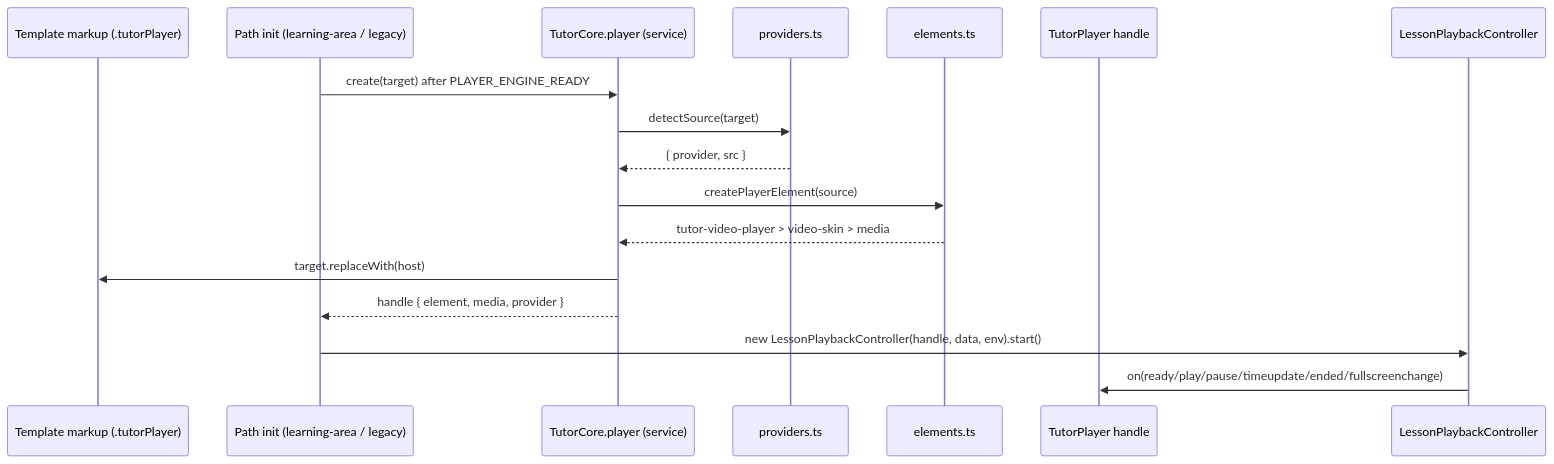
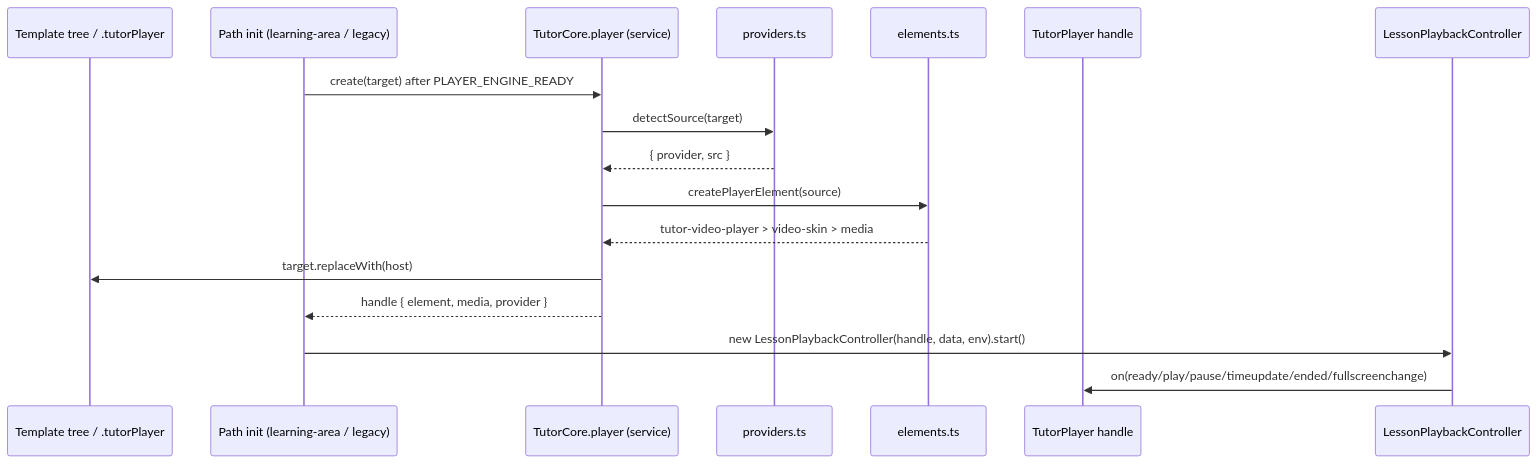
One commit to themeum/tutor changed the second of 4 diagrams in docs/videojs-migration-report.md. Above: the diagram before and after it, drawn with Mermaid. The commit also changed other lines of this file and 4 other files, not shown here.

````diff
--- a/docs/videojs-migration-report.md
+++ b/docs/videojs-migration-report.md
@@ -119,19 +120,19 @@
 ```mermaid
 sequenceDiagram
-    participant T as Template markup (.tutorPlayer)
+    participant T as Template tree / .tutorPlayer
     participant L as Path init (learning-area / legacy)
     participant S as TutorCore.player (service)
     participant P as providers.ts
     participant E as elements.ts
     participant H as TutorPlayer handle
     participant C as LessonPlaybackController
     L->>S: create(target) after PLAYER_ENGINE_READY
     S->>P: detectSource(target)
     P-->>S: { provider, src }
     S->>E: createPlayerElement(source)
     E-->>S: tutor-video-player > video-skin > media
     S->>T: target.replaceWith(host)
     S-->>L: handle { element, media, provider }
     L->>C: new LessonPlaybackController(handle, data, env).start()
     C->>H: on(ready/play/pause/timeupdate/ended/fullscreenchange)
 ```
````
